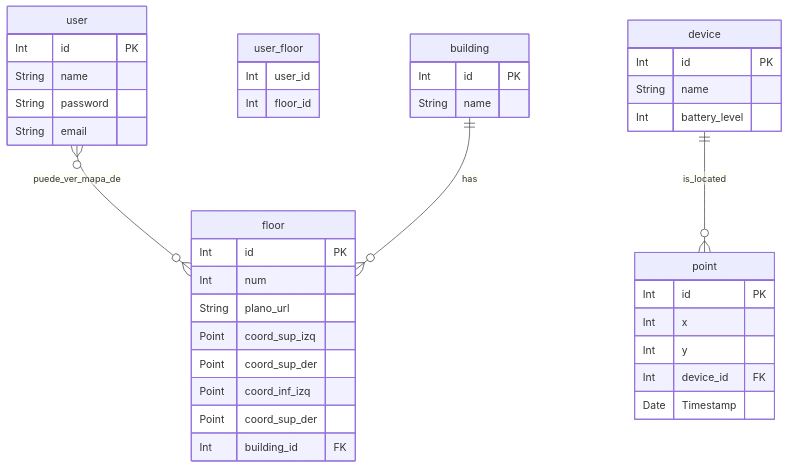
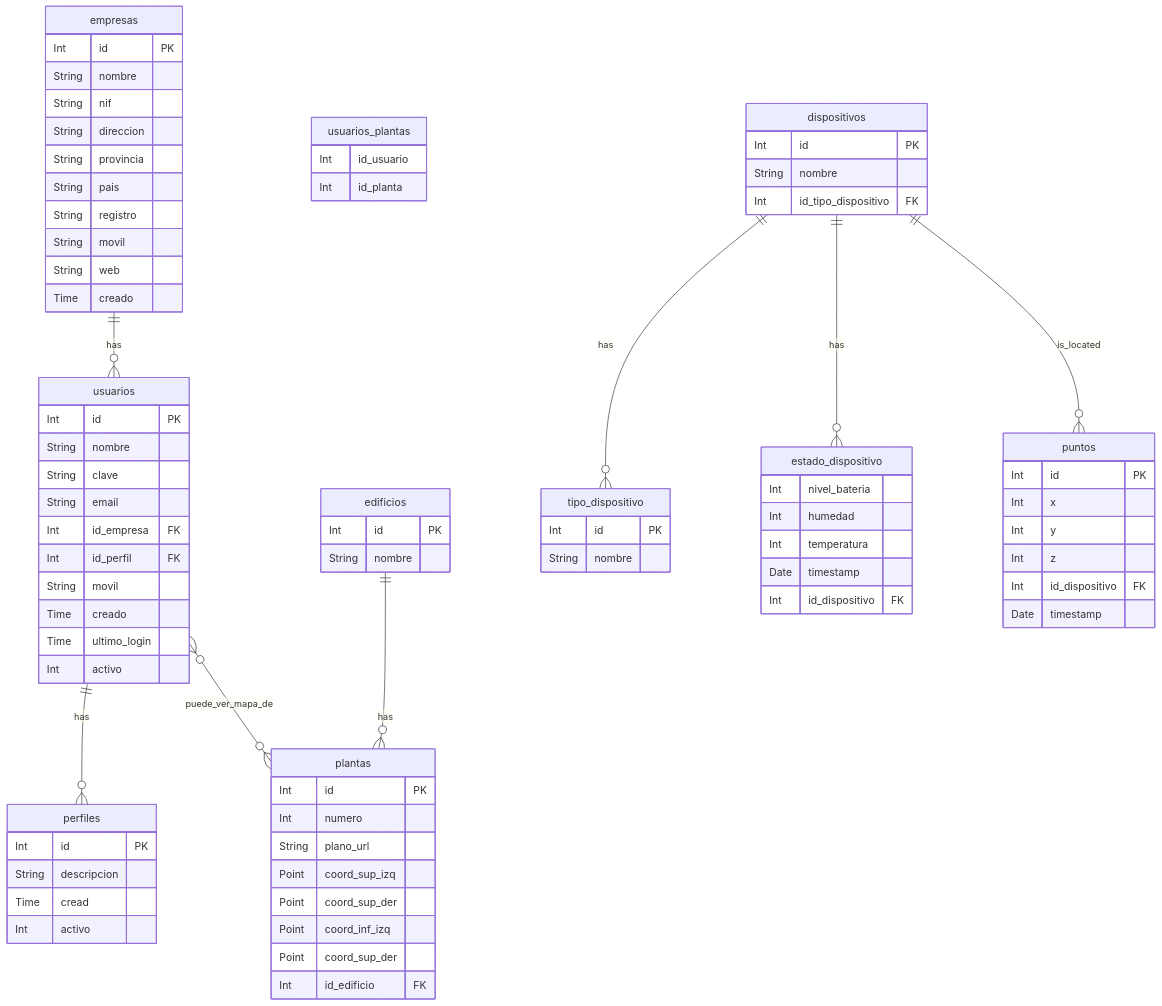
One commit to NicasioSirvent/siloin_base changed the diagram in ER.md. Above: the diagram before and after it, drawn with Mermaid.

````diff
--- a/ER.md
+++ b/ER.md
@@ -1,51 +1,96 @@
 ```mermaid
 erDiagram
-    user {
+    usuarios {
         Int id PK
-        String name
-        String password
+        String nombre
+        String clave
         String email
+        Int id_empresa FK
+        Int id_perfil FK
+        String movil
+        Time creado
+        Time ultimo_login
+        Int activo
     }
 
- 
-    user }o--o{ floor : puede_ver_mapa_de
+    empresas {
+        Int id PK
+        String nombre
+        String nif
+        String direccion
+        String provincia
+        String pais
+        String registro
+        String movil
+        String web
+        Time creado
 
-    user_floor {
-        Int user_id
-        Int floor_id
+    }
+    empresas ||--o{ usuarios : has
+    
+    perfiles {
+        Int id PK
+        String descripcion
+        Time cread
+        Int activo
+    }
+    usuarios ||--o{ perfiles : has
+
+    usuarios }o--o{ plantas : puede_ver_mapa_de
+
+    usuarios_plantas {
+        Int id_usuario
+        Int id_planta
     }
 
-    building {
+    edificios {
         Int id PK
-        String name
+        String nombre
     }
 
-    floor {
+    plantas {
         Int id PK
-        Int num
+        Int numero
         String plano_url
         Point coord_sup_izq
         Point coord_sup_der
         Point coord_inf_izq
         Point coord_sup_der 
-        Int building_id FK
+        Int id_edificio FK
     }
-    building ||--o{ floor : has
+    edificios ||--o{ plantas : has
 
-    device {
+    dispositivos {
         Int id PK
-        String name
-        Int battery_level
+        String nombre
+        Int id_tipo_dispositivo FK
     }
 
-    point {
+    tipo_dispositivo {
+        Int id PK
+        String nombre
+    }
+
+    dispositivos ||--o{ tipo_dispositivo : has
+
+    estado_dispositivo {
+        Int nivel_bateria    
+        Int humedad
+        Int temperatura
+        Date timestamp
+        Int id_dispositivo FK
+    }
+    dispositivos ||--o{ estado_dispositivo : has
+
+    puntos {
         Int id PK
         Int x
         Int y
-        Int device_id FK
-        Date Timestamp 
+        Int z
+        Int id_dispositivo FK
+        Date timestamp 
     }
-    device ||--o{ point : is_located
+    dispositivos ||--o{ puntos : is_located
 
     
 ```
````
